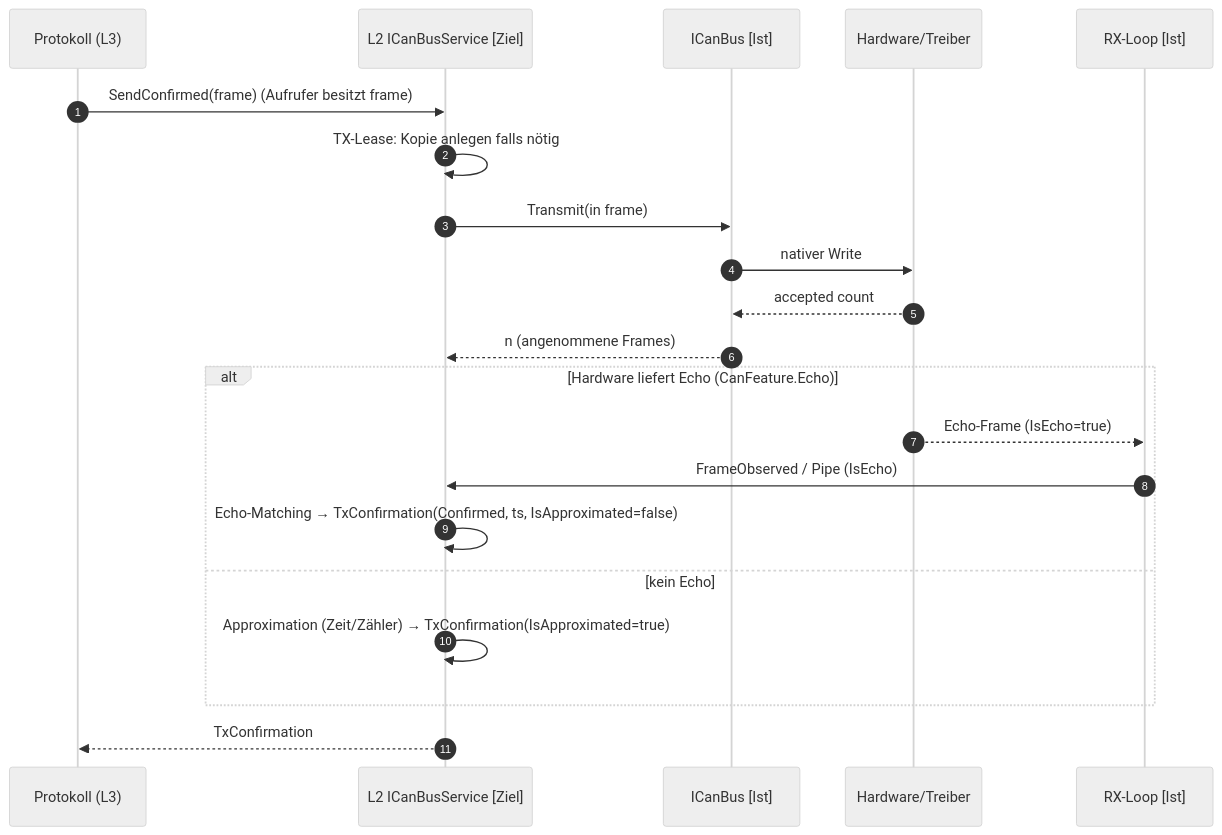
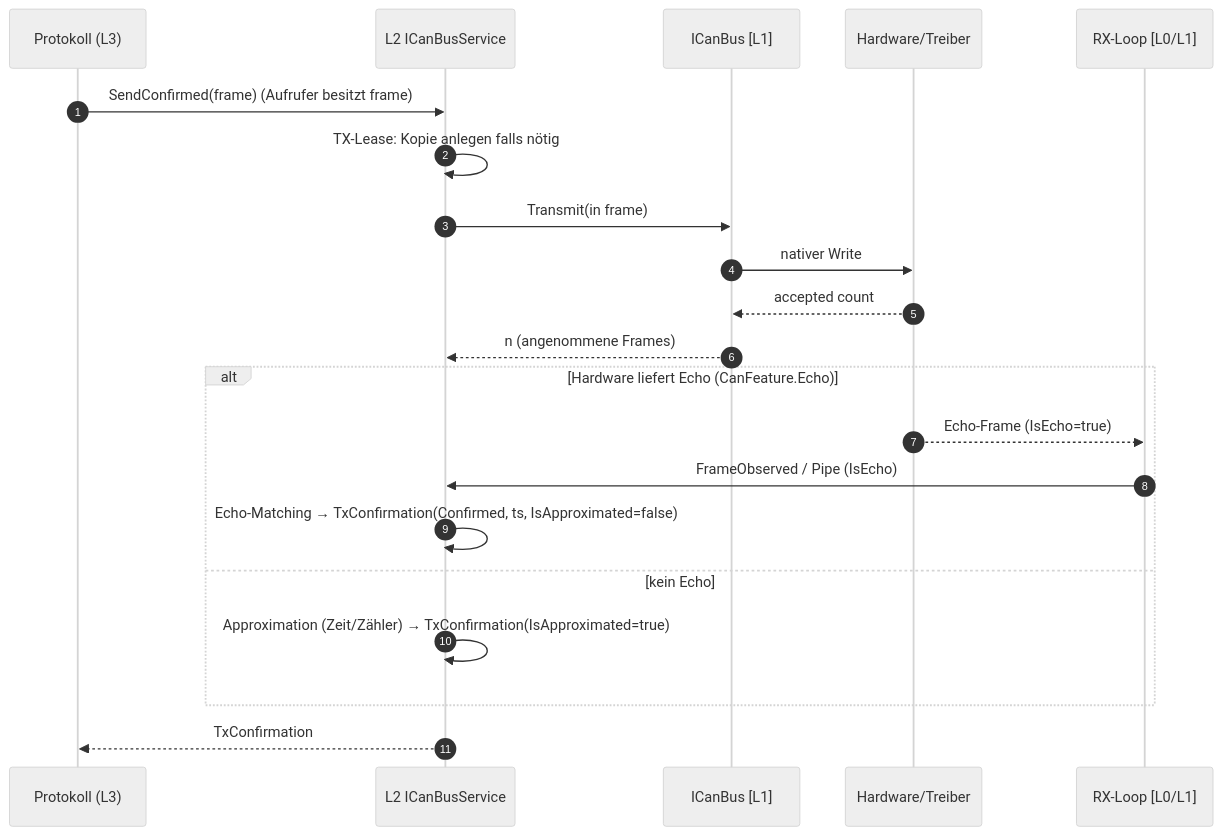
One commit to dborgards/CanKit.Pro changed the eighth of 19 diagrams in docs/architecture/arc42-CanKit.Pro.md. Above: the diagram before and after it, drawn with Mermaid (neutral theme). The commit also changed other lines of this file and 1 other file, not shown here.

````diff
--- a/docs/architecture/arc42-CanKit.Pro.md
+++ b/docs/architecture/arc42-CanKit.Pro.md
@@ -621,24 +617,24 @@
 ```mermaid
 sequenceDiagram
     autonumber
     participant Proto as Protokoll (L3)
-    participant Svc as L2 ICanBusService  [Ziel]
-    participant Bus as ICanBus  [Ist]
+    participant Svc as L2 ICanBusService
+    participant Bus as ICanBus  [L1]
     participant HW as Hardware/Treiber
-    participant Rx as RX-Loop  [Ist]
+    participant Rx as RX-Loop  [L0/L1]
 
     Proto->>Svc: SendConfirmed(frame)  (Aufrufer besitzt frame)
     Svc->>Svc: TX-Lease: Kopie anlegen falls nötig
     Svc->>Bus: Transmit(in frame)
     Bus->>HW: nativer Write
     HW-->>Bus: accepted count
     Bus-->>Svc: n (angenommene Frames)
     alt Hardware liefert Echo (CanFeature.Echo)
         HW-->>Rx: Echo-Frame (IsEcho=true)
         Rx->>Svc: FrameObserved / Pipe (IsEcho)
         Svc->>Svc: Echo-Matching → TxConfirmation(Confirmed, ts, IsApproximated=false)
     else kein Echo
         Svc->>Svc: Approximation (Zeit/Zähler) → TxConfirmation(IsApproximated=true)
     end
     Svc-->>Proto: TxConfirmation
 ```
````
